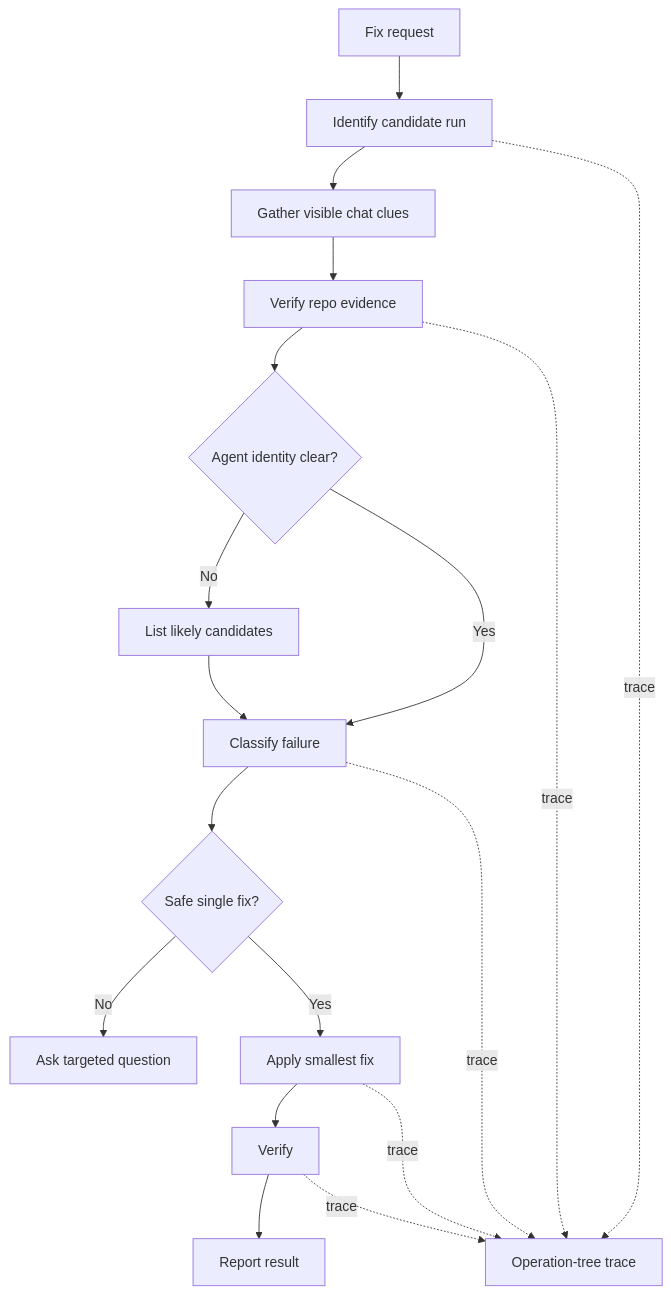
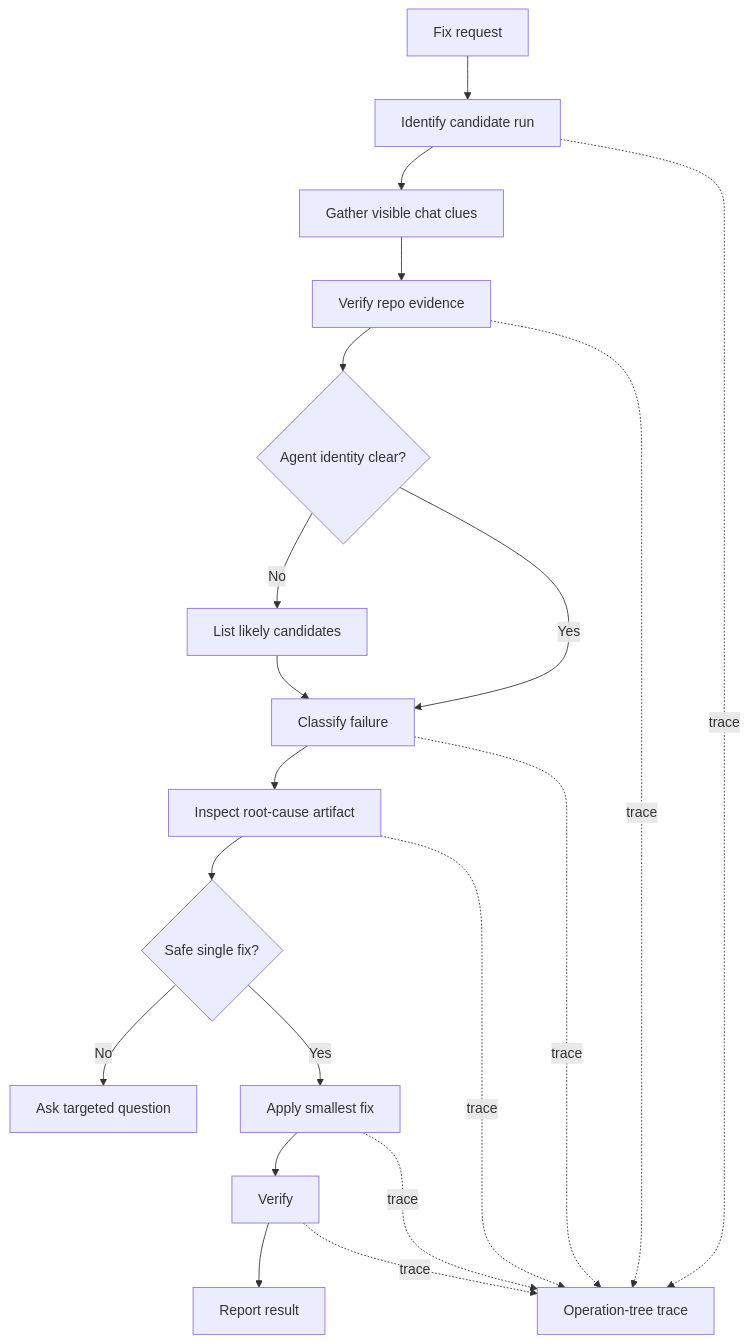
One commit to aider/agent-workbench changed the diagram in .claude/agents/agent-run-fixer.md. Above: the diagram before and after it, drawn with Mermaid. The commit also changed other lines of this file and 3 other files, not shown here.

Commit message:
Improve fixer root-cause checks and install updates

````diff
--- a/.claude/agents/agent-run-fixer.md
+++ b/.claude/agents/agent-run-fixer.md
@@ -52,21 +52,23 @@
 ```mermaid
 flowchart TD
   A[Fix request] --> B[Identify candidate run]
   B --> C[Gather visible chat clues]
   C --> D[Verify repo evidence]
   D --> E{Agent identity clear?}
   E -- No --> F[List likely candidates]
   E -- Yes --> G[Classify failure]
   F --> G
-  G --> H{Safe single fix?}
-  H -- No --> I[Ask targeted question]
-  H -- Yes --> J[Apply smallest fix]
-  J --> K[Verify]
-  K --> L[Report result]
+  G --> H[Inspect root-cause artifact]
+  H --> I{Safe single fix?}
+  I -- No --> J[Ask targeted question]
+  I -- Yes --> K[Apply smallest fix]
+  K --> L[Verify]
+  L --> M[Report result]
 
   B -. trace .-> T[Operation-tree trace]
   D -. trace .-> T
   G -. trace .-> T
-  J -. trace .-> T
+  H -. trace .-> T
   K -. trace .-> T
+  L -. trace .-> T
 ```
````
